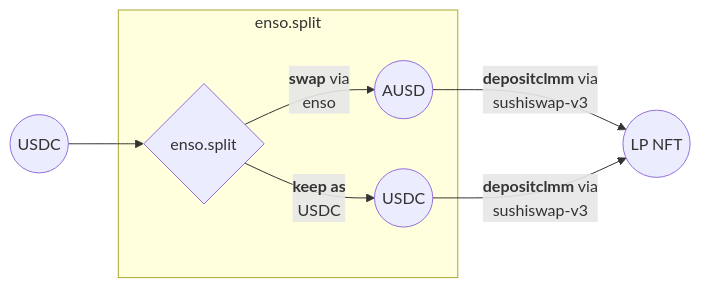
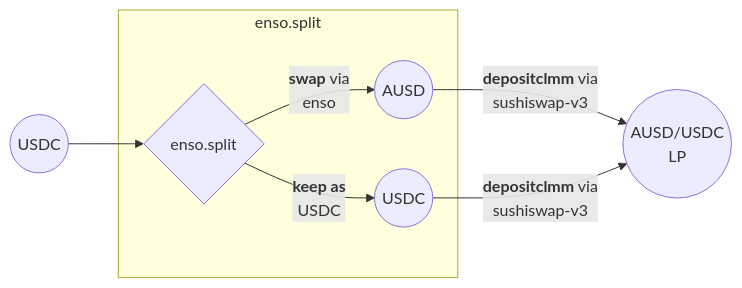
One commit to katana-network/katana-docs changed the third of 13 diagrams in docs/katana/how-to/use-enso-shortcuts.md. Above: the diagram before and after it, drawn with Mermaid. The commit also changed other lines of this file, not shown here.

````diff
--- a/docs/katana/how-to/use-enso-shortcuts.md
+++ b/docs/katana/how-to/use-enso-shortcuts.md
@@ -107,12 +108,12 @@
 ```mermaid
 flowchart LR
     A((USDC)) --> B{enso.split}
     
     subgraph split ["enso.split"]
         B -->|<b>swap</b> via<br/>enso| E((AUSD))
         B -->|<b>keep as</b><br/>USDC| F((USDC))
     end
     
-    E -->|<b>depositclmm</b> via<br/>sushiswap-v3| G((LP NFT))
+    E -->|<b>depositclmm</b> via<br/>sushiswap-v3| G((AUSD/USDC<br/>LP))
     F -->|<b>depositclmm</b> via<br/>sushiswap-v3| G
 ```
````
